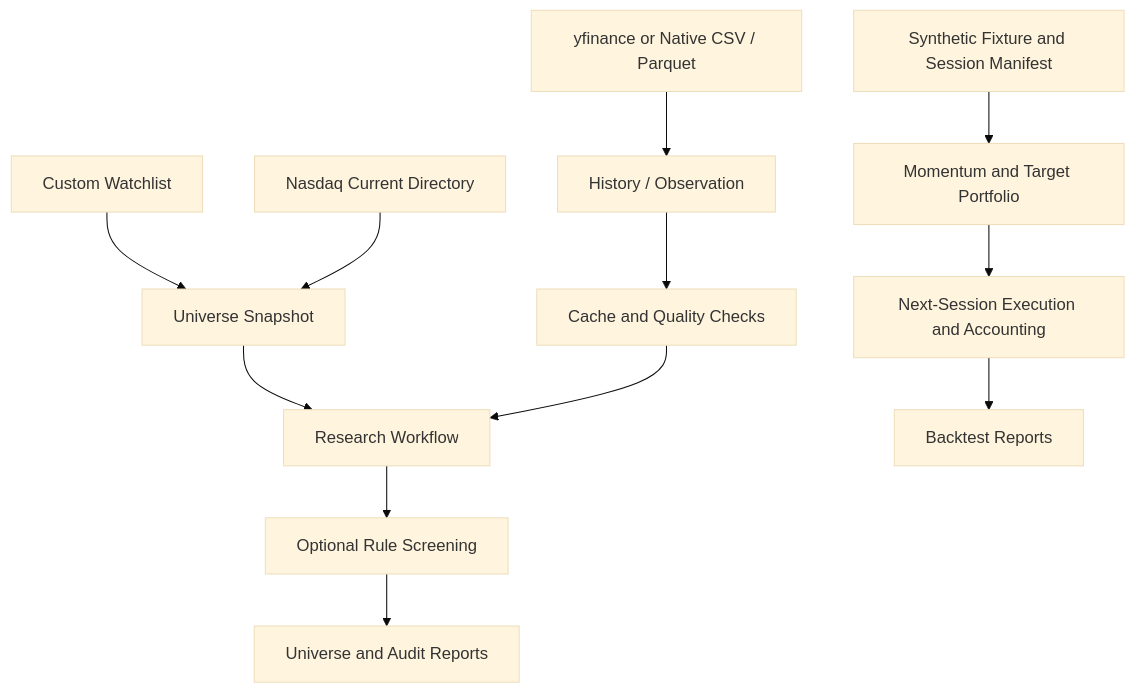
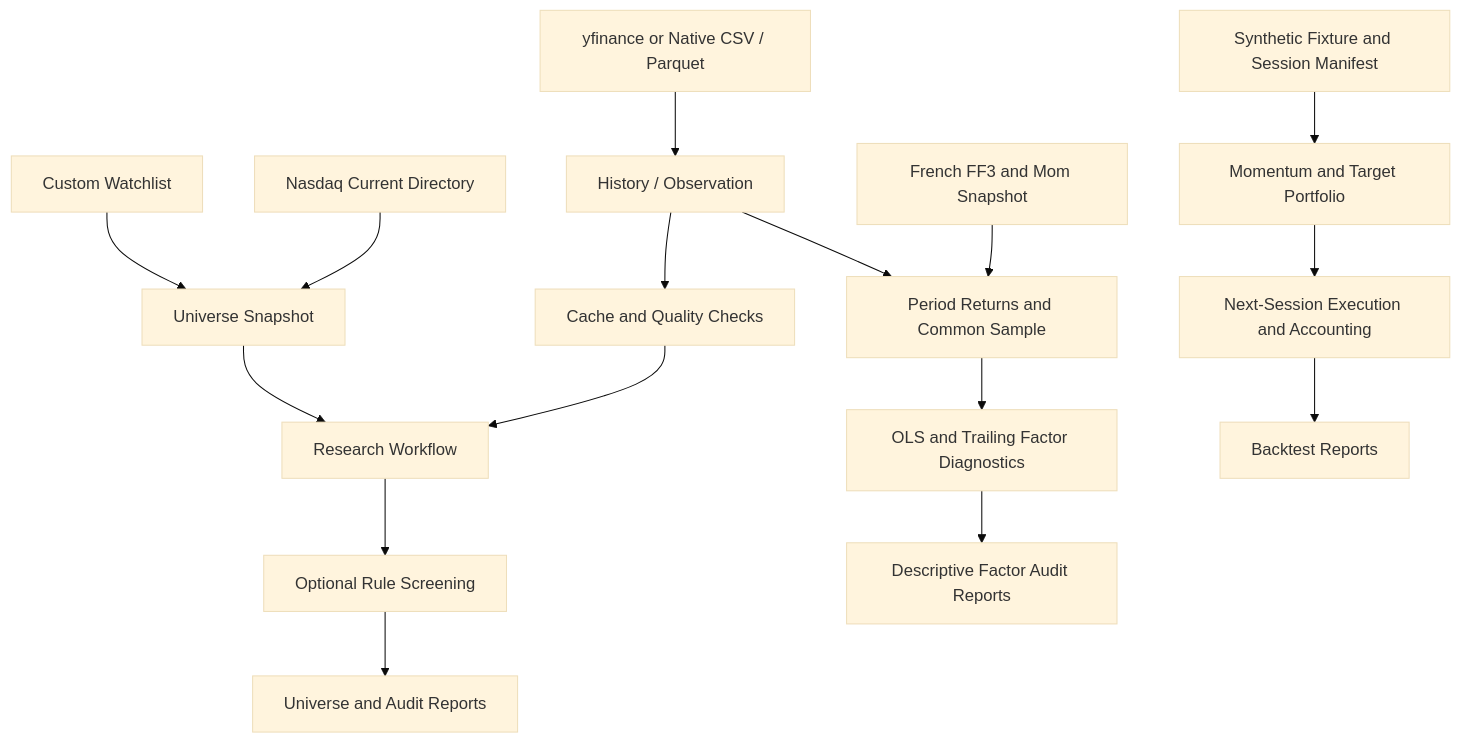
Before and after one commit to yufeizhang06/PortfolioResearchDesk: the diagram in README.md, drawn with Mermaid (base theme). The commit also changed other lines of this file and 36 other files, not shown here.

````diff
--- a/README.md
+++ b/README.md
@@ -60,14 +65,18 @@
 ```mermaid
 flowchart TD
     C[Custom Watchlist] --> U[Universe Snapshot]
     M[Nasdaq Current Directory] --> U
     U --> R[Research Workflow]
     A[yfinance or Native CSV / Parquet] --> H[History / Observation]
     H --> Q[Cache and Quality Checks]
+    H --> FR[Period Returns and Common Sample]
+    FF[French FF3 and Mom Snapshot] --> FR
+    FR --> FA[OLS and Trailing Factor Diagnostics]
+    FA --> FO[Descriptive Factor Audit Reports]
     Q --> R
     R --> S[Optional Rule Screening]
     S --> O[Universe and Audit Reports]
     F[Synthetic Fixture and Session Manifest] --> B[Momentum and Target Portfolio]
     B --> E[Next-Session Execution and Accounting]
     E --> P[Backtest Reports]
 ```
````
